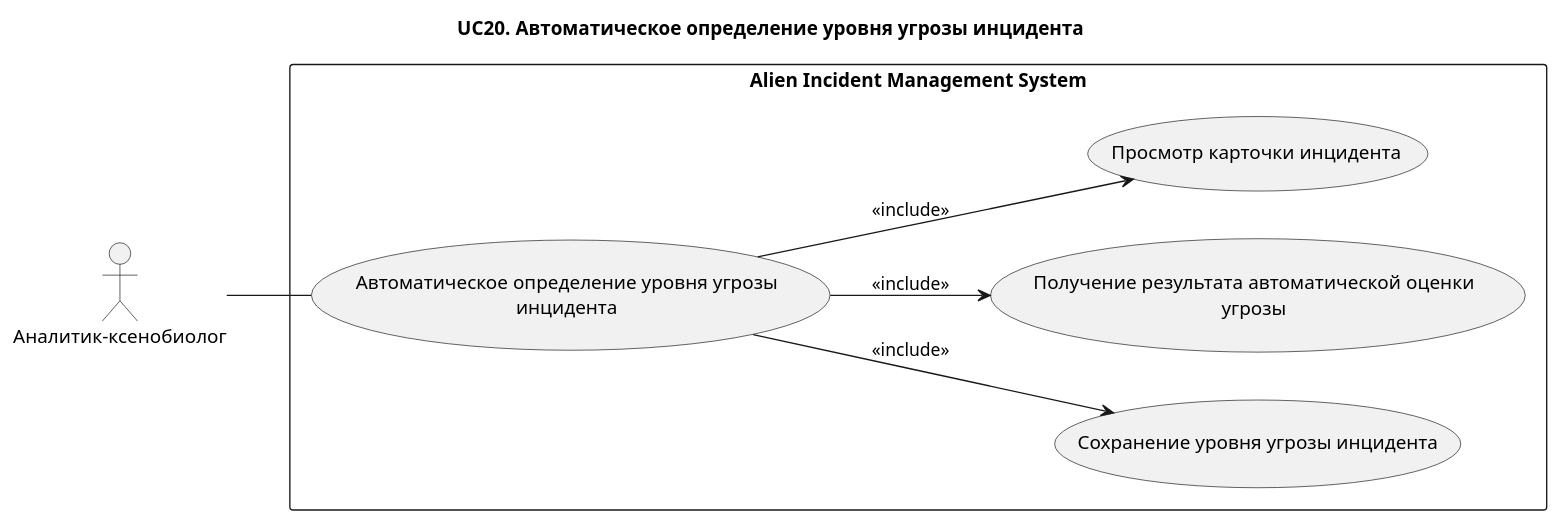
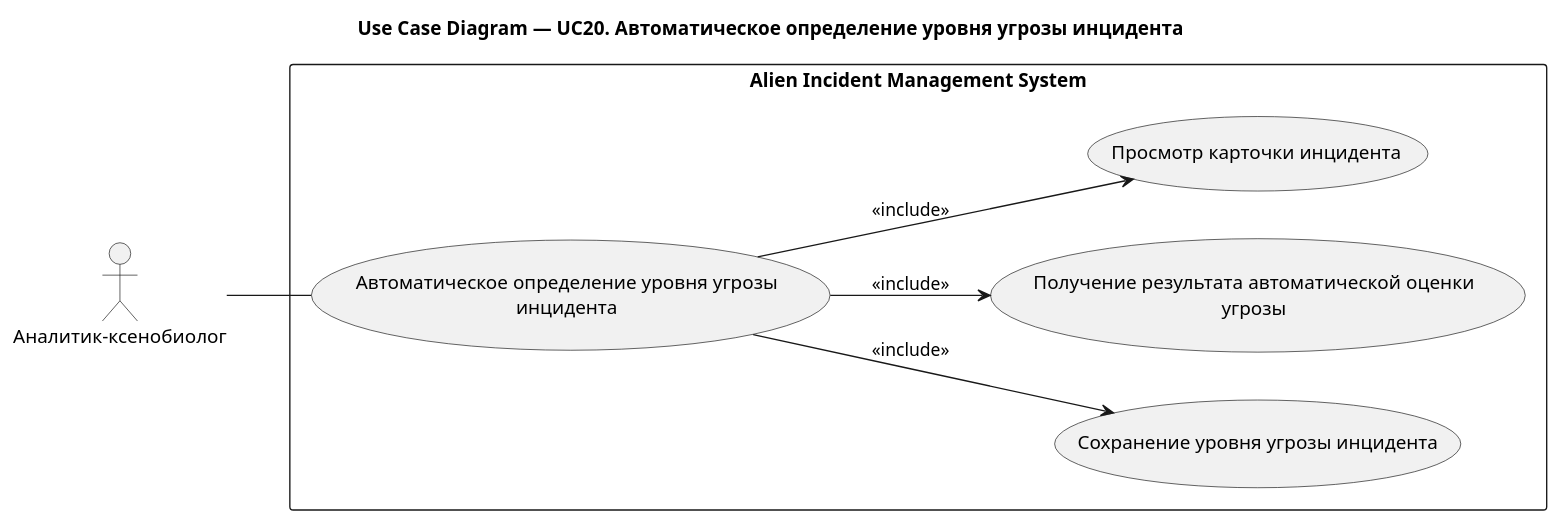
One commit to Andryss/AIMS changed the diagram in docs/use-case/UC20.md. Above: the diagram before and after it, drawn with PlantUML. The commit also changed 31 other files, not shown here.

````diff
--- a/docs/use-case/UC20.md
+++ b/docs/use-case/UC20.md
@@ -5,25 +5,25 @@
 ```plantuml
 @startuml
-title UC20. Автоматическое определение уровня угрозы инцидента
+title Use Case Diagram — UC20. Автоматическое определение уровня угрозы инцидента
 left to right direction
 
 actor "Аналитик-ксенобиолог" as Analyst
 
 rectangle "Alien Incident Management System" {
 
 (Автоматическое определение уровня угрозы\nинцидента) as UC11
 
 (Сохранение уровня угрозы инцидента) as UC115
 (Получение результата автоматической оценки\nугрозы) as UC114
 (Просмотр карточки инцидента) as UC111
 
 }
 
 Analyst -- UC11
 
 UC11 --> UC111 : <<include>>
 UC11 --> UC114 : <<include>>
 UC11 --> UC115 : <<include>>
 
 @enduml
 ```
````
